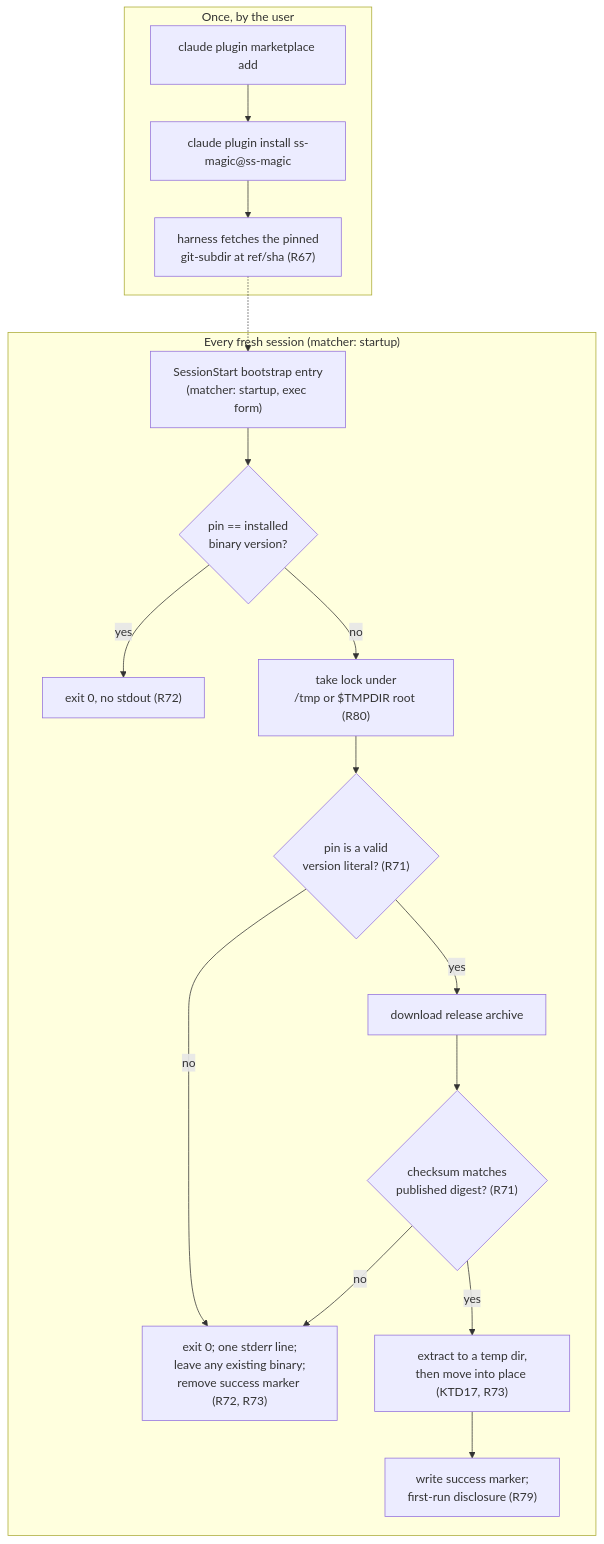
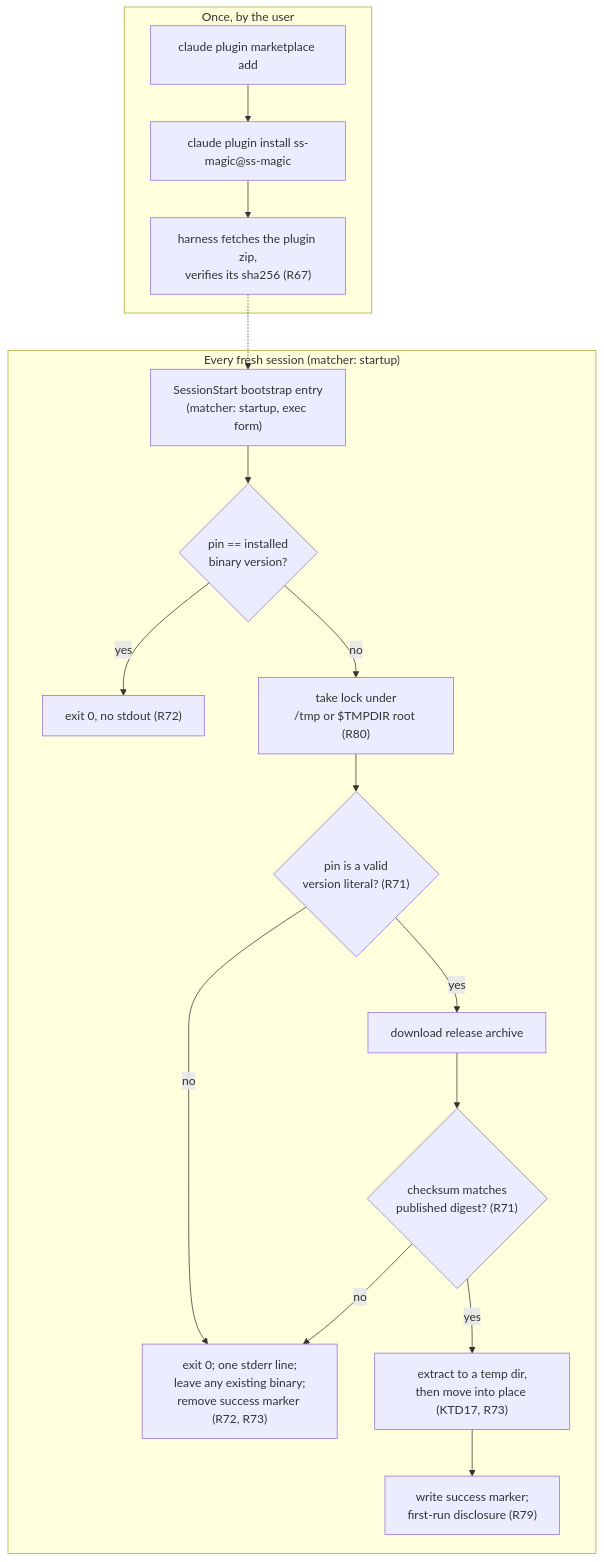
The third of 4 diagrams in docs/plans/2026-08-29-001-feat-ss-magic-claude-plugin-plan.md (ViktorStiskala/superset-magic), drawn with Mermaid before and after one commit. The commit also changed other lines of this file and 3 other files, not shown here.

````diff
--- a/docs/plans/2026-08-29-001-feat-ss-magic-claude-plugin-plan.md
+++ b/docs/plans/2026-08-29-001-feat-ss-magic-claude-plugin-plan.md
@@ -470,20 +489,20 @@
 ```mermaid
 flowchart TB
   subgraph once["Once, by the user"]
     ADD["claude plugin marketplace add"] --> INST["claude plugin install ss-magic@ss-magic"]
-    INST --> FETCH["harness fetches the pinned<br/>git-subdir at ref/sha (R67)"]
+    INST --> FETCH["harness fetches the plugin zip,<br/>verifies its sha256 (R67)"]
   end
   subgraph every["Every fresh session (matcher: startup)"]
     SS["SessionStart bootstrap entry<br/>(matcher: startup, exec form)"] --> CMP{"pin == installed<br/>binary version?"}
     CMP -- yes --> QUIET["exit 0, no stdout (R72)"]
     CMP -- no --> LOCK["take lock under<br/>/tmp or $TMPDIR root (R80)"]
     LOCK --> VAL{"pin is a valid<br/>version literal? (R71)"}
     VAL -- no --> FAIL
     VAL -- yes --> DL["download release archive"]
     DL --> SUM{"checksum matches<br/>published digest? (R71)"}
     SUM -- no --> FAIL["exit 0; one stderr line;<br/>leave any existing binary;<br/>remove success marker (R72, R73)"]
     SUM -- yes --> MV["extract to a temp dir,<br/>then move into place (KTD17, R73)"]
     MV --> MARK["write success marker;<br/>first-run disclosure (R79)"]
   end
   FETCH -.-> SS
 ```
````
